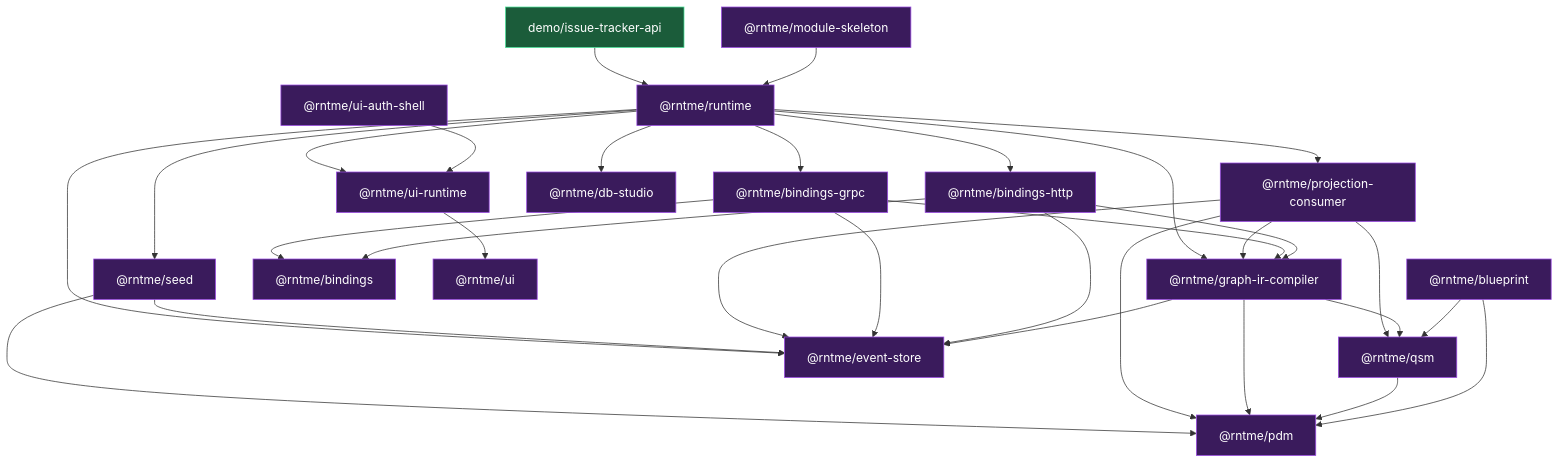
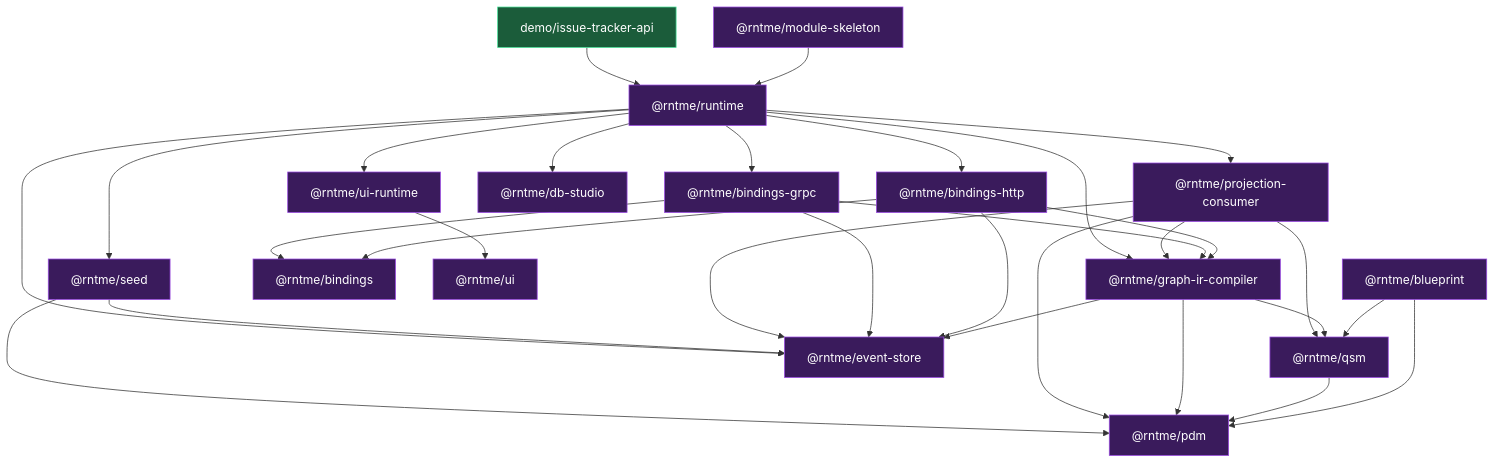
Before and after one commit to vladprrs/rntme: the second of 2 diagrams in README.md, drawn with Mermaid. The commit also changed other lines of this file and 16 other files, not shown here.

Commit message:
chore: delete packages/ui-auth-shell, fold auth UI into identity-auth0 module

````diff
--- a/README.md
+++ b/README.md
@@ -144,36 +143,34 @@
 ```mermaid
 flowchart TB
     classDef pkg fill:#3a1b5c,stroke:#9a4ae2,color:#fff;
     classDef demo fill:#1b5c3a,stroke:#4ae29a,color:#fff;
 
     BP["@rntme/blueprint"]:::pkg
     PDM["@rntme/pdm"]:::pkg
     QSM["@rntme/qsm"]:::pkg
     ES["@rntme/event-store"]:::pkg
     GIR["@rntme/graph-ir-compiler"]:::pkg
     B["@rntme/bindings"]:::pkg
     BH["@rntme/bindings-http"]:::pkg
     BG["@rntme/bindings-grpc"]:::pkg
     UI["@rntme/ui"]:::pkg
     UIR["@rntme/ui-runtime"]:::pkg
-    UIA["@rntme/ui-auth-shell"]:::pkg
     DS["@rntme/db-studio"]:::pkg
     PC["@rntme/projection-consumer"]:::pkg
     SD["@rntme/seed"]:::pkg
     RT["@rntme/runtime"]:::pkg
     MS["@rntme/module-skeleton"]:::pkg
     DEMO["demo/issue-tracker-api"]:::demo
 
     BP --> PDM & QSM
     QSM --> PDM
     GIR --> PDM & QSM & ES
     BH --> B & GIR & ES
     BG --> B & GIR & ES
     UIR --> UI
-    UIA --> UIR
     PC --> ES & GIR & PDM & QSM
     SD --> ES & PDM
     RT --> BH & BG & UIR & DS & PC & SD & GIR & ES
     MS --> RT
     DEMO --> RT
 ```
````
